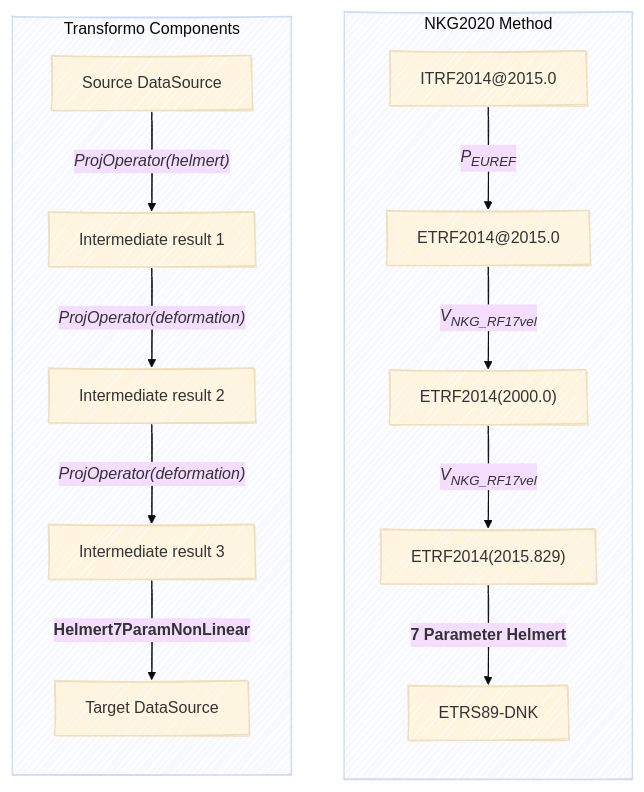
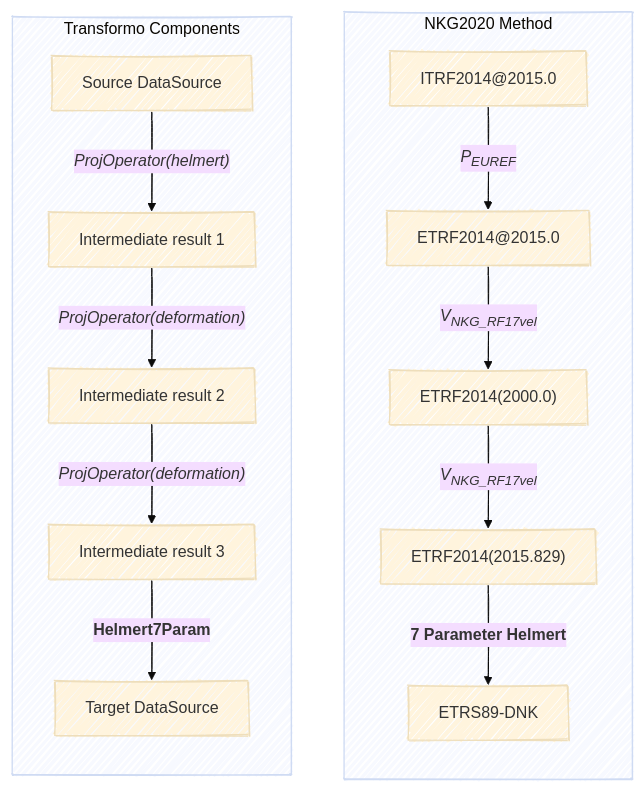
Before and after one commit to NordicGeodesy/Transformo: the diagram in docs/about/usecases.md, drawn with Mermaid. The commit also changed other lines of this file and 18 other files, not shown here.

````diff
--- a/docs/about/usecases.md
+++ b/docs/about/usecases.md
@@ -22,29 +22,29 @@
 ```mermaid
 ---
 config:
     look: handDrawn
     theme: base
     themeVariables:
         fontFamily: monospace
         fontSize: 16px
 ---
 flowchart
 
     subgraph NKG2020 Method
         direction TB
         S2["ITRF2014@2015.0"] -->|"<i>P<sub>EUREF</sub></i>"| S3["ETRF2014@2015.0"]
         S3 -->|"<i>V<sub>NKG_RF17vel</sub></i>"| S4["ETRF2014(2000.0)"]
         S4 -->|"<i>V<sub>NKG_RF17vel</sub></i>"| S6["ETRF2014(2015.829)"]
         S6 -- "<b>7 Parameter Helmert</b>" --> S7["ETRS89-DNK"]
         S7
     end
 
     subgraph Transformo Components
         direction TB
         A2["Source DataSource"] -->|"<i>ProjOperator(helmert)</i>"| A3["Intermediate result 1"]
         A3 -->|"<i>ProjOperator(deformation)</i>"| A4["Intermediate result 2"]
         A4 -->|"<i>ProjOperator(deformation)</i>"| A6["Intermediate result 3"]
-        A6 -- "<b>Helmert7ParamNonLinear</b>" --> A7["Target DataSource"]
+        A6 -- "<b>Helmert7Param</b>" --> A7["Target DataSource"]
         A7
     end
 ```
````
